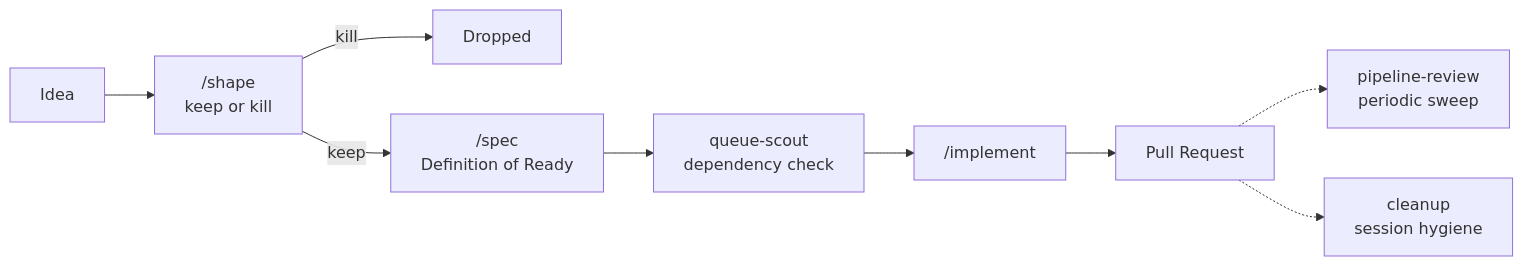
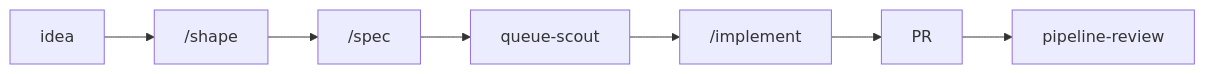
The first of 2 diagrams in README.md (yahordauksha/agentic-sdlc-pipeline), drawn with Mermaid before and after one commit. The commit also changed other lines of this file, not shown here.

````diff
--- a/README.md
+++ b/README.md
@@ -29,11 +15,9 @@
 ```mermaid
 flowchart LR
-    A[Idea] --> B["/shape\nkeep or kill"]
-    B -- kill --> Z[Dropped]
-    B -- keep --> C["/spec\nDefinition of Ready"]
-    C --> D["queue-scout\ndependency check"]
+    A[idea] --> B["/shape"]
+    B --> C["/spec"]
+    C --> D[queue-scout]
     D --> E["/implement"]
-    E --> F[Pull Request]
-    F -.-> G["pipeline-review\nperiodic sweep"]
-    F -.-> H["cleanup\nsession hygiene"]
+    E --> F[PR]
+    F --> G[pipeline-review]
 ```
````
